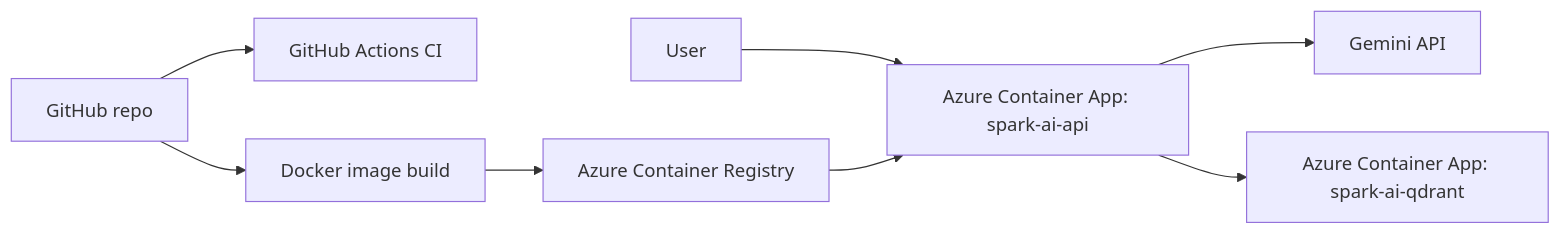
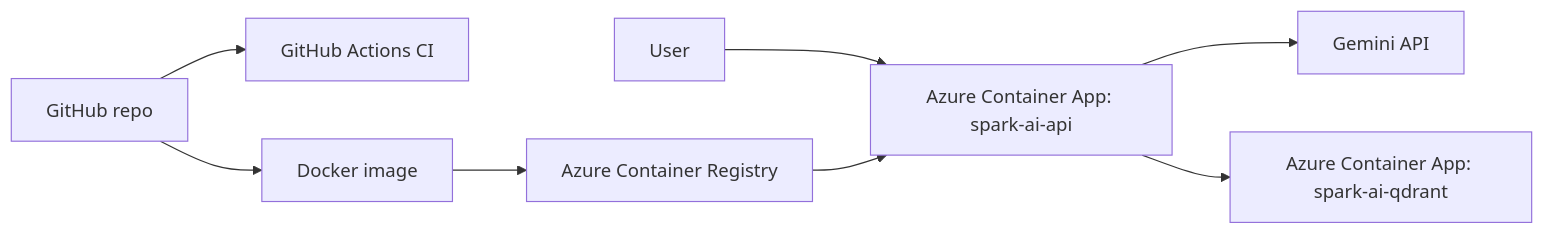
One commit to aryan4avj/spark-ai-rag-assistant changed the fourth of 4 diagrams in README.md. Above: the diagram before and after it, drawn with Mermaid. The commit also changed other lines of this file and 6 other files, not shown here.

````diff
--- a/README.md
+++ b/README.md
@@ -43,10 +76,10 @@
 ```mermaid
 flowchart LR
     User --> API[Azure Container App: spark-ai-api]
     API --> Gemini[Gemini API]
     API --> Qdrant[Azure Container App: spark-ai-qdrant]
     Repo[GitHub repo] --> CI[GitHub Actions CI]
-    Repo --> Docker[Docker image build]
+    Repo --> Docker[Docker image]
     Docker --> ACR[Azure Container Registry]
     ACR --> API
 ```
````
